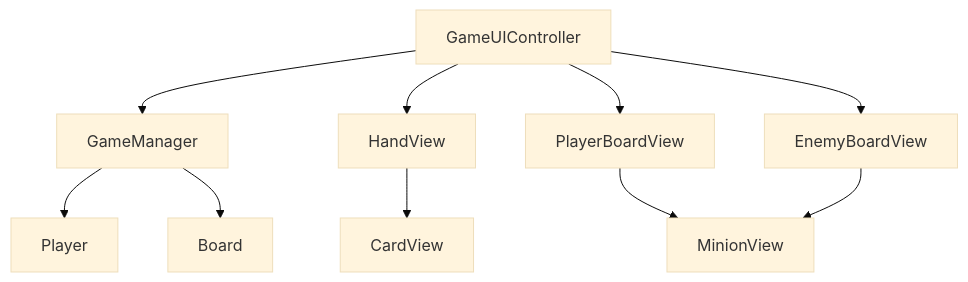
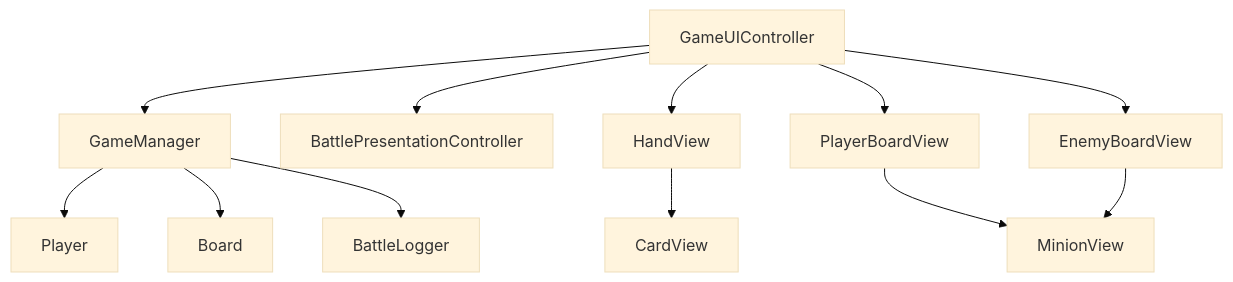
The diagram in Docs/03_UIArchitecture.md (ZHStatic/HearthstoneClone), drawn with Mermaid (base theme) before and after one commit. The commit also changed other lines of this file and 120 other files, not shown here.

````diff
--- a/Docs/03_UIArchitecture.md
+++ b/Docs/03_UIArchitecture.md
@@ -300,14 +376,16 @@
 ```mermaid
 flowchart TD
     GameUIController --> GameManager
+    GameUIController --> BattlePresentationController
     GameUIController --> HandView
     GameUIController --> BoardViewPlayer["PlayerBoardView"]
     GameUIController --> BoardViewEnemy["EnemyBoardView"]
 
     HandView --> CardView
     BoardViewPlayer --> MinionView
     BoardViewEnemy --> MinionView
 
     GameManager --> Player
     GameManager --> Board
+    GameManager --> BattleLogger
 ```
````
